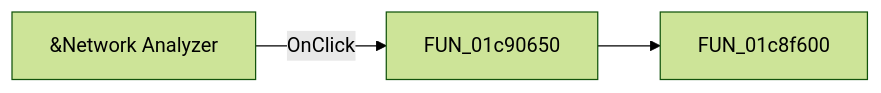
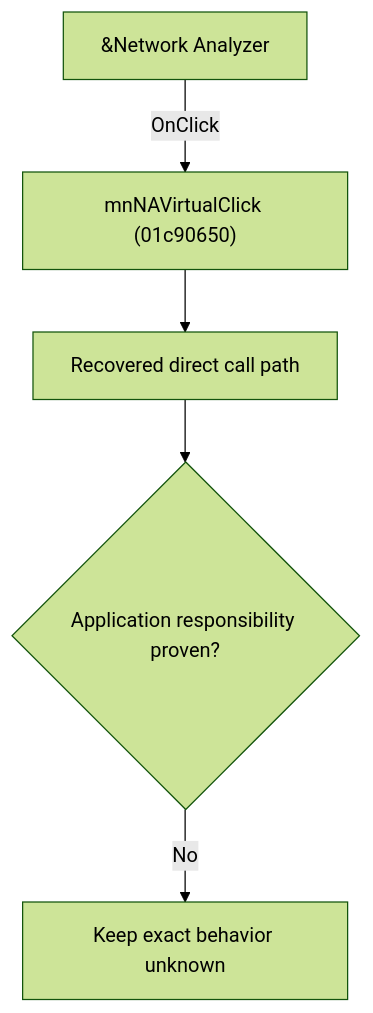
Before and after one commit to MovGP0/TIARA: the diagram in docs/ui-controls/schematiceditor/networkanalyzer-9647307d9e.md, drawn with Mermaid (forest theme). The commit also changed other lines of this file and 1062 other files, not shown here.

````diff
--- a/docs/ui-controls/schematiceditor/networkanalyzer-9647307d9e.md
+++ b/docs/ui-controls/schematiceditor/networkanalyzer-9647307d9e.md
@@ -27,5 +27,7 @@
 ```mermaid
-flowchart LR
-    control["&Network Analyzer"] -->|OnClick| handler["FUN_01c90650"]
-    handler --> call1["FUN_01c8f600"]
+flowchart TD
+    control["&Network Analyzer"] -->|"OnClick"| handler["mnNAVirtualClick (01c90650)"]
+    handler --> recovered["Recovered direct call path"]
+    recovered --> gap{"Application responsibility proven?"}
+    gap -->|"No"| blocked["Keep exact behavior unknown"]
 ```
````
